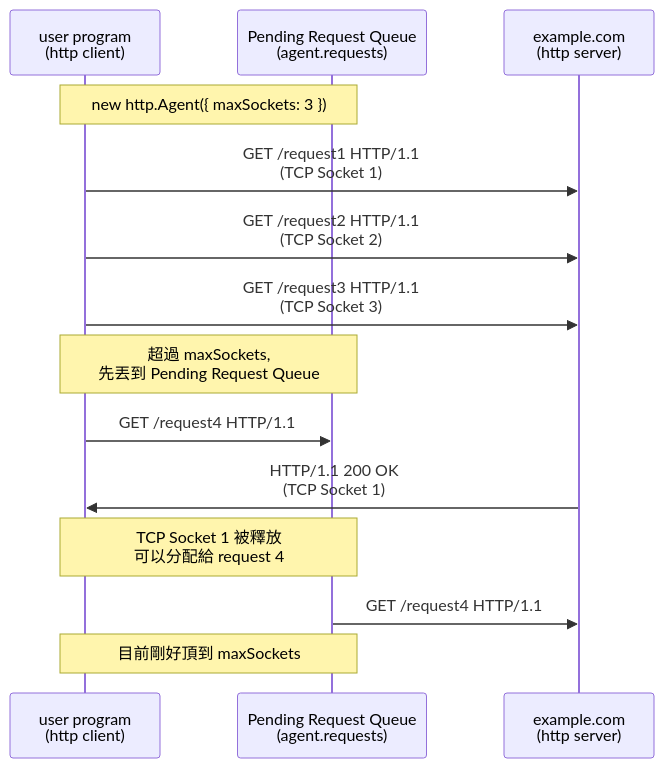
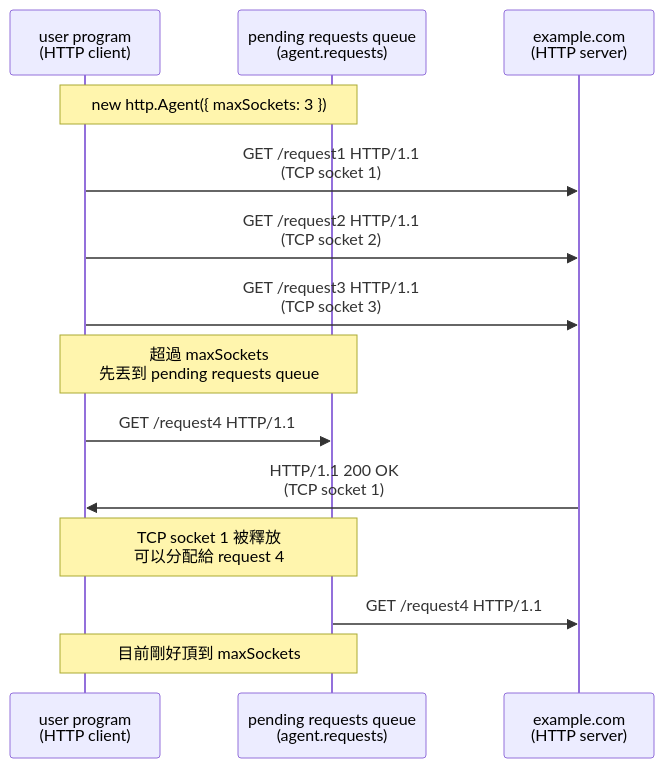
Before and after one commit to samuel871211/yusheng-tech-blog: the diagram in docs/nodejs/http-agent.md, drawn with Mermaid. The commit also changed other lines of this file, not shown here.

Commit message:
http Agent

````diff
--- a/docs/nodejs/http-agent.md
+++ b/docs/nodejs/http-agent.md
@@ -148,23 +152,23 @@
 ```mermaid
 sequenceDiagram
-  participant A as user program<br/>(http client)
-  participant P as Pending Request Queue<br/>(agent.requests)
-  participant S as example.com<br/>(http server)
+  participant A as user program<br/>(HTTP client)
+  participant P as pending requests queue<br/>(agent.requests)
+  participant S as example.com<br/>(HTTP server)
   Note Over A, P: new http.Agent({ maxSockets: 3 })
 
-  A ->> S: GET /request1 HTTP/1.1<br/>(TCP Socket 1)
-  A ->> S: GET /request2 HTTP/1.1<br/>(TCP Socket 2)
-  A ->> S: GET /request3 HTTP/1.1<br/>(TCP Socket 3)
+  A ->> S: GET /request1 HTTP/1.1<br/>(TCP socket 1)
+  A ->> S: GET /request2 HTTP/1.1<br/>(TCP socket 2)
+  A ->> S: GET /request3 HTTP/1.1<br/>(TCP socket 3)
 
-  Note Over A, P: 超過 maxSockets,<br/>先丟到 Pending Request Queue
+  Note Over A, P: 超過 maxSockets<br/>先丟到 pending requests queue
 
   A ->> P: GET /request4 HTTP/1.1
 
-  S ->> A: HTTP/1.1 200 OK<br/>(TCP Socket 1)
+  S ->> A: HTTP/1.1 200 OK<br/>(TCP socket 1)
 
-  Note Over A, P: TCP Socket 1 被釋放<br/>可以分配給 request 4
+  Note Over A, P: TCP socket 1 被釋放<br/>可以分配給 request 4
 
   P ->> S: GET /request4 HTTP/1.1
 
   Note Over A, P: 目前剛好頂到 maxSockets
 ```
````
